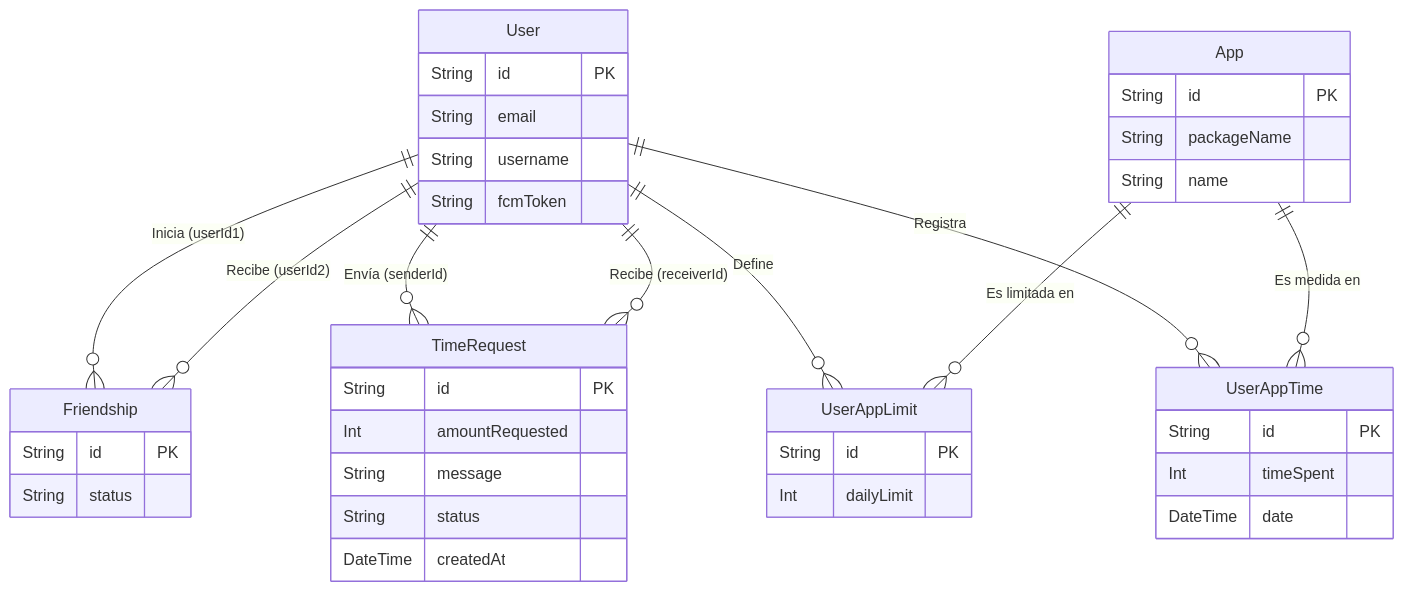
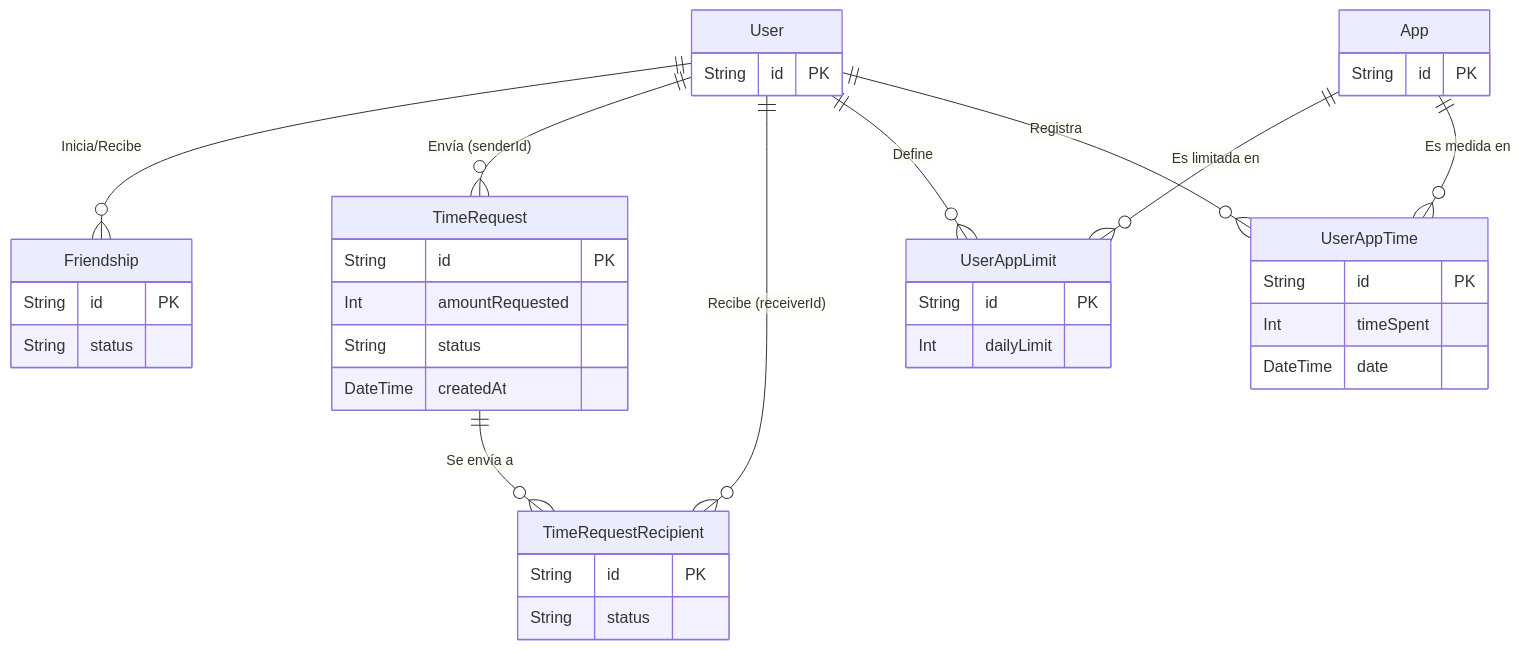
The diagram in docs/DATA_MODEL.md (ivanmacieldxz/truce-app-backend), drawn with Mermaid before and after one commit. The commit also changed other lines of this file and 2 other files, not shown here.

Commit message:
feat: split TimeRequest into TimeRequest and TimeRequestRecipient

````diff
--- a/docs/DATA_MODEL.md
+++ b/docs/DATA_MODEL.md
@@ -73,43 +79,41 @@
 ```mermaid
 erDiagram
-    User ||--o{ Friendship : "Inicia (userId1)"
-    User ||--o{ Friendship : "Recibe (userId2)"
+    User ||--o{ Friendship : "Inicia/Recibe"
     User ||--o{ TimeRequest : "Envía (senderId)"
-    User ||--o{ TimeRequest : "Recibe (receiverId)"
+    User ||--o{ TimeRequestRecipient : "Recibe (receiverId)"
+    TimeRequest ||--o{ TimeRequestRecipient : "Se envía a"
     User ||--o{ UserAppLimit : "Define"
     User ||--o{ UserAppTime : "Registra"
     App ||--o{ UserAppLimit : "Es limitada en"
     App ||--o{ UserAppTime : "Es medida en"
 
     User {
         String id PK
-        String email
-        String username
-        String fcmToken
     }
     Friendship {
         String id PK
         String status
     }
     TimeRequest {
         String id PK
         Int amountRequested
-        String message
         String status
         DateTime createdAt
     }
+    TimeRequestRecipient {
+        String id PK
+        String status
+    }
     App {
         String id PK
-        String packageName
-        String name
     }
     UserAppLimit {
         String id PK
         Int dailyLimit
     }
     UserAppTime {
         String id PK
         Int timeSpent
         DateTime date
     }
 ```
````
